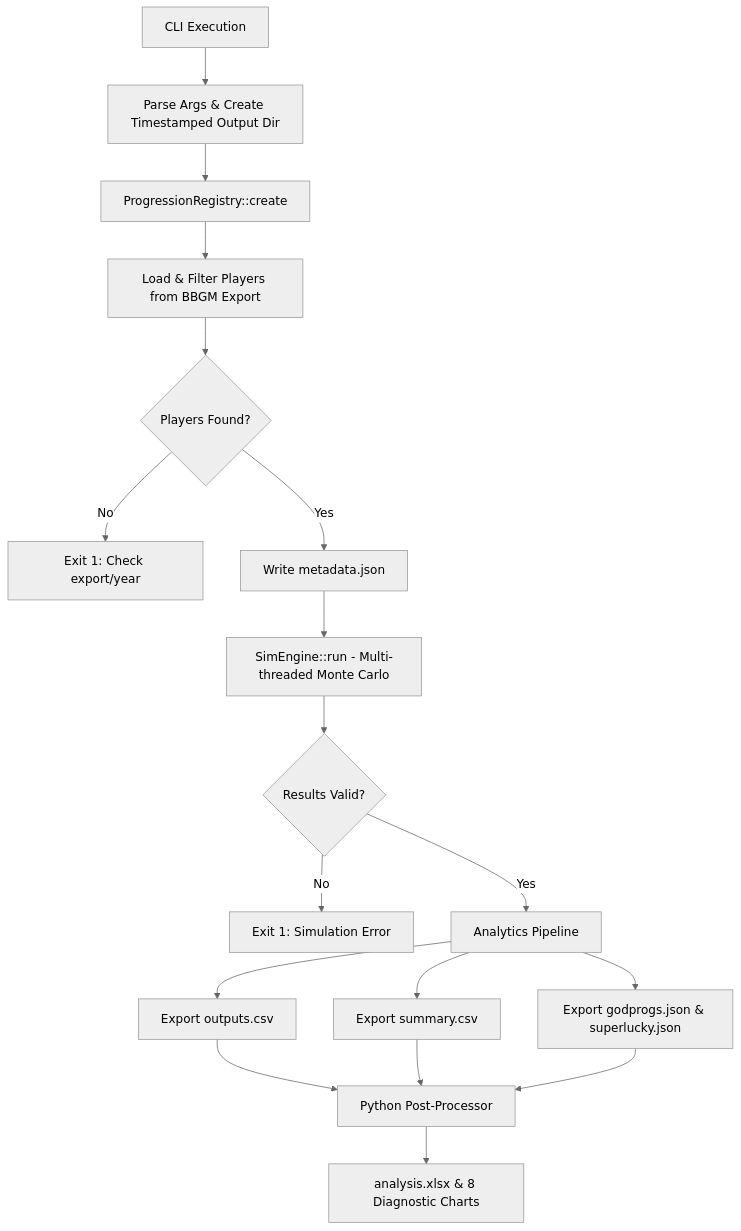
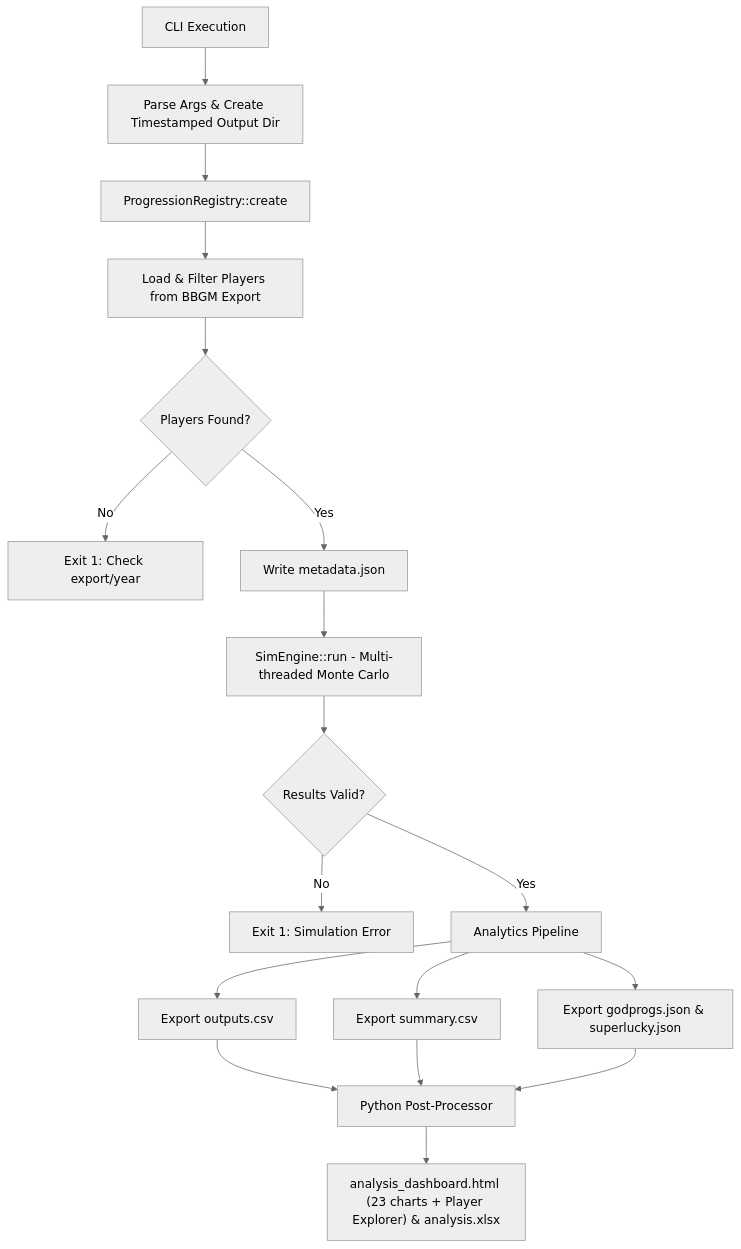
The diagram in README.md (akshayexists/progbox), drawn with Mermaid (neutral theme) before and after one commit. The commit also changed other lines of this file, not shown here.

````diff
--- a/README.md
+++ b/README.md
@@ -26,20 +26,20 @@
 ```mermaid
 graph TD
     A[CLI Execution] --> B[Parse Args & Create Timestamped Output Dir]
     B --> C[ProgressionRegistry::create]
     C --> D[Load & Filter Players from BBGM Export]
     D --> E{Players Found?}
     E -- No --> F[Exit 1: Check export/year]
     E -- Yes --> G[Write metadata.json]
     G --> H[SimEngine::run - Multi-threaded Monte Carlo]
     H --> I{Results Valid?}
     I -- No --> J[Exit 1: Simulation Error]
     I -- Yes --> K[Analytics Pipeline]
     
     K --> L[Export outputs.csv]
     K --> M[Export summary.csv]
     K --> N[Export godprogs.json & superlucky.json]
     
     L & M & N --> O[Python Post-Processor]
-    O --> P[analysis.xlsx & 8 Diagnostic Charts]
+    O --> P["analysis_dashboard.html (23 charts + Player Explorer) & analysis.xlsx"]
 ```
````
